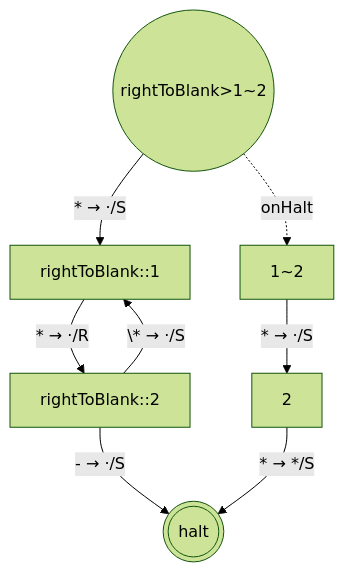
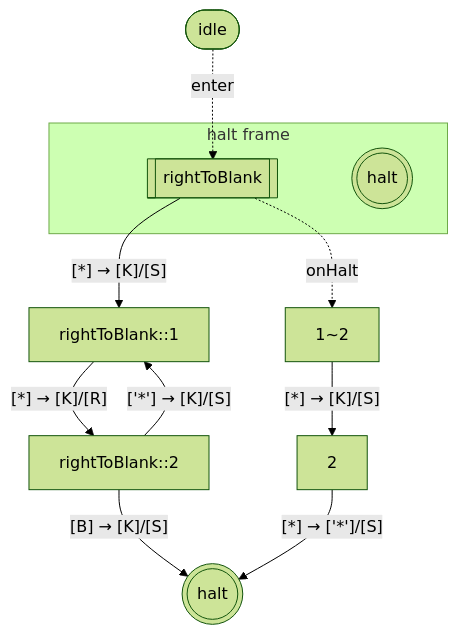
One commit to mellonis/post-machine-js changed the fourth of 4 diagrams in packages/machine/README.md. Above: the diagram before and after it, drawn with Mermaid (forest theme). The commit also changed other lines of this file and 13 other files, not shown here.

First line of the commit message:
v7 adoption: rename + paren naming + Mermaid overhaul

````diff
--- a/packages/machine/README.md
+++ b/packages/machine/README.md
@@ -271,17 +274,22 @@
 ```mermaid
 flowchart TD
 %% alphabets: [[" ","*"]]
   s0(((halt)))
   s5["rightToBlank::1"]
   s6["rightToBlank::2"]
   s7["1~2"]
-  s8(("rightToBlank>1~2"))
   s9["2"]
-  s5 -- "* → ·/R" --> s6
-  s6 -- "\* → ·/S" --> s5
-  s6 -- "- → ·/S" --> s0
-  s7 -- "* → ·/S" --> s9
-  s8 -- "* → ·/S" --> s5
+  idle([idle])
+  subgraph w_8["halt frame"]
+    s8[["rightToBlank"]]
+    c8(((halt)))
+  end
+  idle -. enter .-> s8
+  s5 -- "[*] → [K]/[R]" --> s6
+  s6 -- "['*'] → [K]/[S]" --> s5
+  s6 -- "[B] → [K]/[S]" --> s0
+  s7 -- "[*] → [K]/[S]" --> s9
+  s8 -- "[*] → [K]/[S]" --> s5
   s8 -. onHalt .-> s7
-  s9 -- "* → */S" --> s0
+  s9 -- "[*] → ['*']/[S]" --> s0
 ```
````
